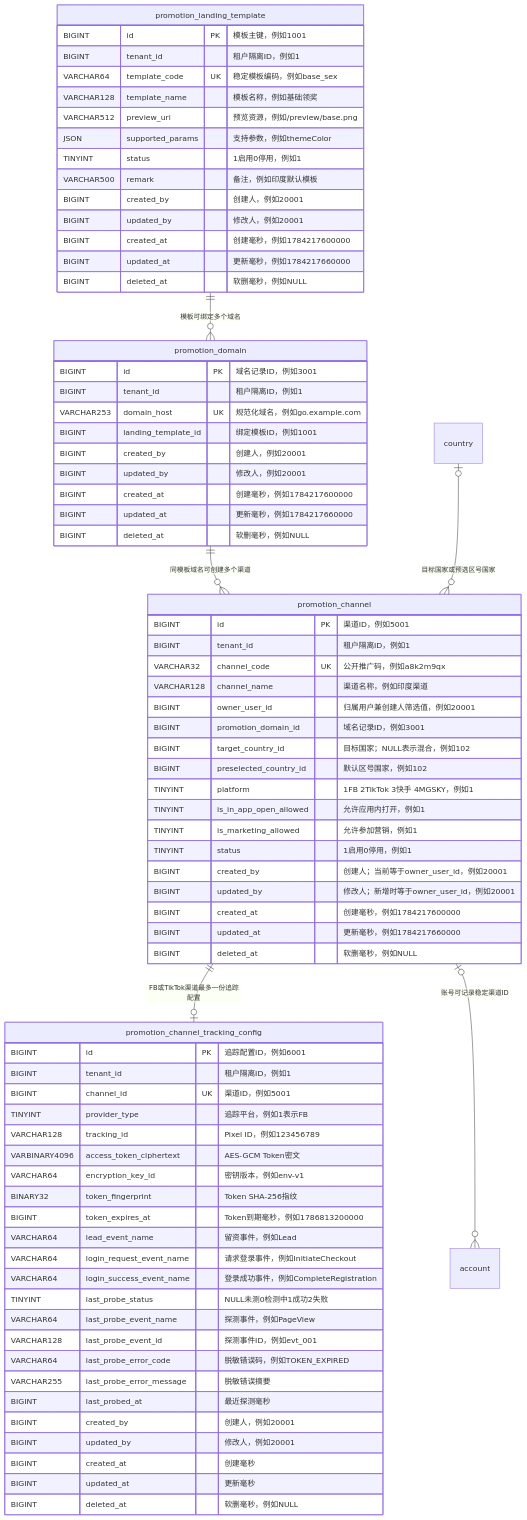
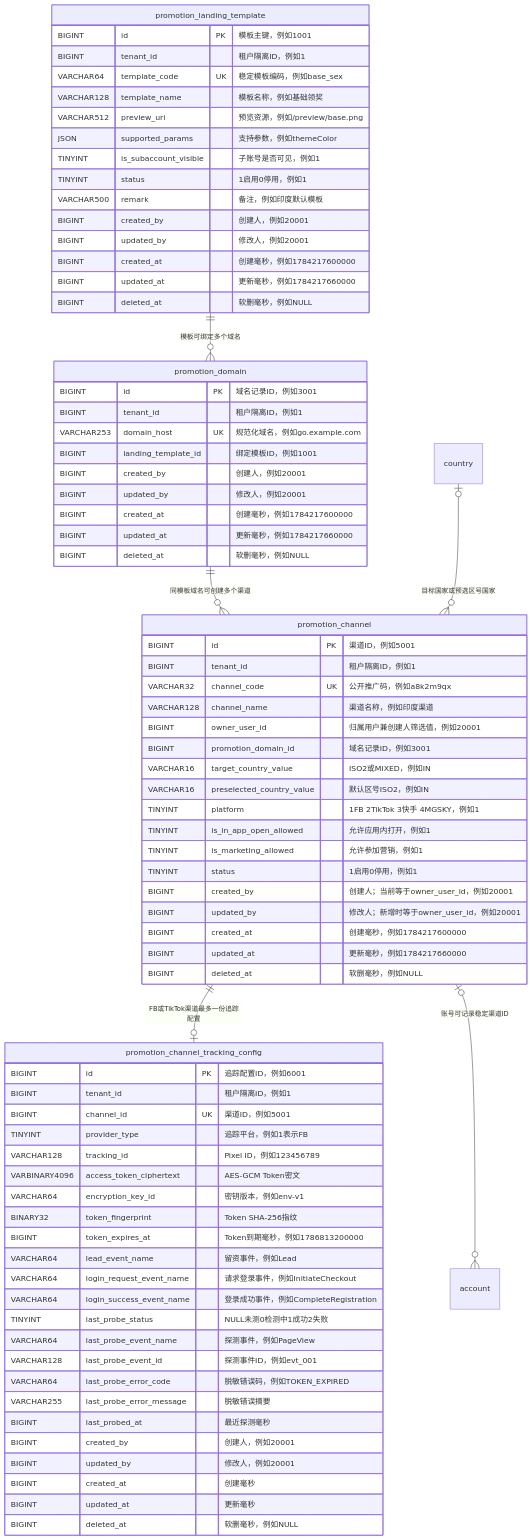
Before and after one commit to itdxzss/armada: the diagram in docs/business/promotion-template-channel-statistics-data-model.md, drawn with Mermaid. The commit also changed other lines of this file and 36 other files, not shown here.

```diff
--- a/docs/business/promotion-template-channel-statistics-data-model.md
+++ b/docs/business/promotion-template-channel-statistics-data-model.md
@@ -21,6 +21,7 @@
         VARCHAR128 template_name "模板名称，例如基础领奖"
         VARCHAR512 preview_uri "预览资源，例如/preview/base.png"
         JSON supported_params "支持参数，例如themeColor"
+        TINYINT is_subaccount_visible "子账号是否可见，例如1"
         TINYINT status "1启用0停用，例如1"
         VARCHAR500 remark "备注，例如印度默认模板"
         BIGINT created_by "创建人，例如20001"
@@ -49,8 +50,8 @@
         VARCHAR128 channel_name "渠道名称，例如印度渠道"
         BIGINT owner_user_id "归属用户兼创建人筛选值，例如20001"
         BIGINT promotion_domain_id "域名记录ID，例如3001"
-        BIGINT target_country_id "目标国家；NULL表示混合，例如102"
-        BIGINT preselected_country_id "默认区号国家，例如102"
+        VARCHAR16 target_country_value "ISO2或MIXED，例如IN"
+        VARCHAR16 preselected_country_value "默认区号ISO2，例如IN"
         TINYINT platform "1FB 2TikTok 3快手 4MGSKY，例如1"
         TINYINT is_in_app_open_allowed "允许应用内打开，例如1"
         TINYINT is_marketing_allowed "允许参加营销，例如1"
```
